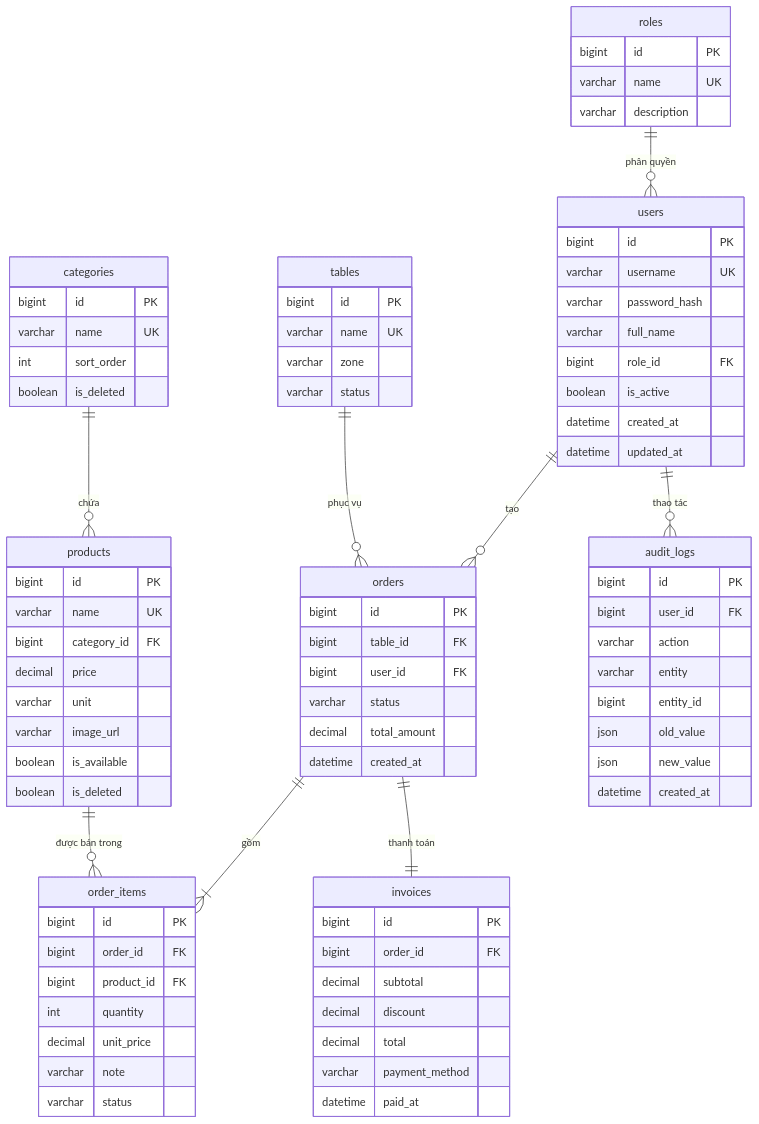
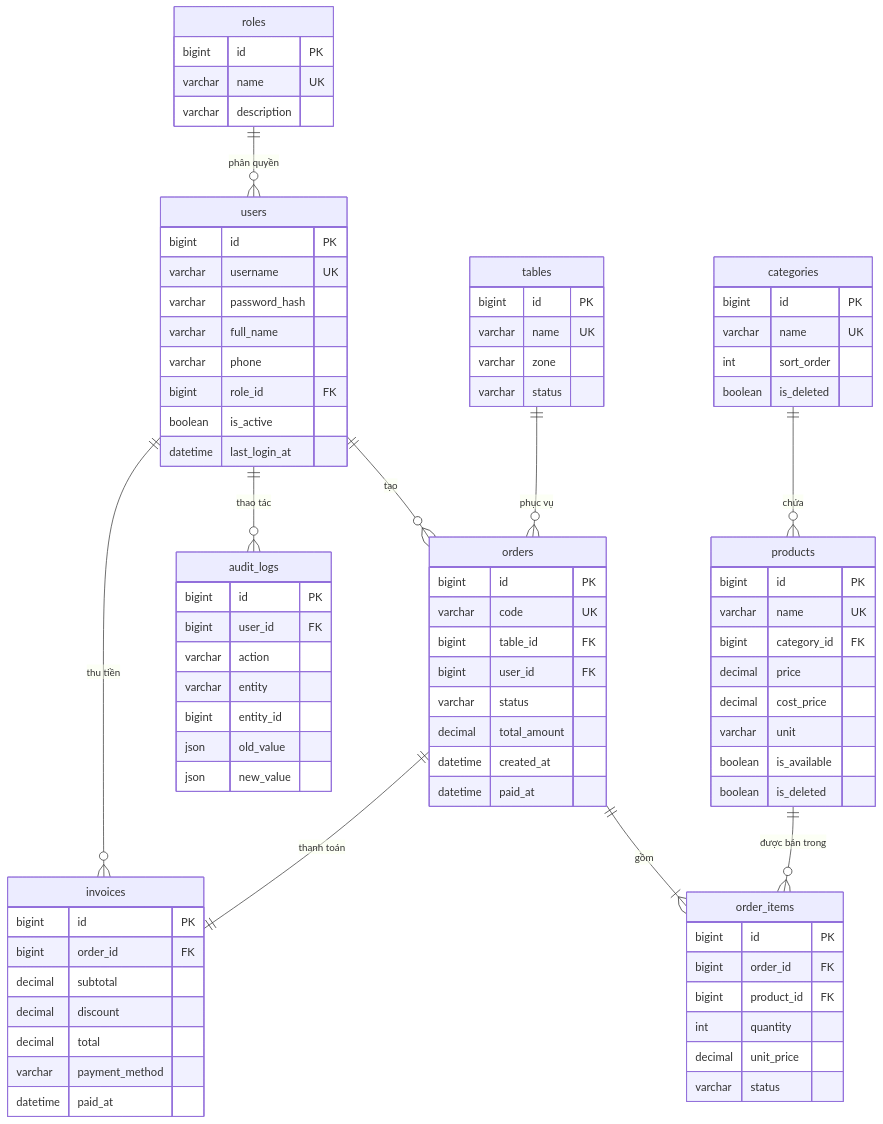
One commit to Haianh4705/cafe-tlu changed the diagram in docs/erd.md. Above: the diagram before and after it, drawn with Mermaid. The commit also changed other lines of this file and 2 other files, not shown here.

Commit message:
docs: chốt ERD v1 và hợp đồng API v1

````diff
--- a/docs/erd.md
+++ b/docs/erd.md
@@ -10,69 +11,68 @@
 ```mermaid
 erDiagram
-    roles ||--o{ users : "phân quyền"
-    users ||--o{ orders : "tạo"
-    categories ||--o{ products : "chứa"
-    tables ||--o{ orders : "phục vụ"
-    orders ||--|{ order_items : "gồm"
-    products ||--o{ order_items : "được bán trong"
-    orders ||--|| invoices : "thanh toán"
-    users ||--o{ audit_logs : "thao tác"
+    roles      ||--o{ users        : "phân quyền"
+    users      ||--o{ orders       : "tạo"
+    users      ||--o{ audit_logs   : "thao tác"
+    users      ||--o{ invoices     : "thu tiền"
+    categories ||--o{ products     : "chứa"
+    tables     ||--o{ orders       : "phục vụ"
+    orders     ||--|{ order_items  : "gồm"
+    products   ||--o{ order_items  : "được bán trong"
+    orders     ||--|| invoices     : "thanh toán"
 
-    users {
-        bigint id PK
-        varchar username UK
-        varchar password_hash
-        varchar full_name
-        bigint role_id FK
-        boolean is_active
-        datetime created_at
-        datetime updated_at
-    }
-    roles { bigint id PK
-            varchar name UK
-            varchar description }
-    categories { bigint id PK
-                 varchar name UK
-                 int sort_order
-                 boolean is_deleted }
-    products { bigint id PK
-               varchar name UK
-               bigint category_id FK
-               decimal price
-               varchar unit
-               varchar image_url
-               boolean is_available
-               boolean is_deleted }
-    tables { bigint id PK
-             varchar name UK
-             varchar zone
-             varchar status }
-    orders { bigint id PK
-             bigint table_id FK
-             bigint user_id FK
-             varchar status
-             decimal total_amount
-             datetime created_at }
-    order_items { bigint id PK
-                  bigint order_id FK
-                  bigint product_id FK
-                  int quantity
-                  decimal unit_price
-                  varchar note
-                  varchar status }
-    invoices { bigint id PK
-               bigint order_id FK
-               decimal subtotal
-               decimal discount
-               decimal total
-               varchar payment_method
-               datetime paid_at }
-    audit_logs { bigint id PK
-                 bigint user_id FK
-                 varchar action
-                 varchar entity
-                 bigint entity_id
-                 json old_value
-                 json new_value
-                 datetime created_at }
+    roles        { bigint id PK
+                   varchar name UK
+                   varchar description }
+    users        { bigint id PK
+                   varchar username UK
+                   varchar password_hash
+                   varchar full_name
+                   varchar phone
+                   bigint role_id FK
+                   boolean is_active
+                   datetime last_login_at }
+    categories   { bigint id PK
+                   varchar name UK
+                   int sort_order
+                   boolean is_deleted }
+    products     { bigint id PK
+                   varchar name UK
+                   bigint category_id FK
+                   decimal price
+                   decimal cost_price
+                   varchar unit
+                   boolean is_available
+                   boolean is_deleted }
+    tables       { bigint id PK
+                   varchar name UK
+                   varchar zone
+                   varchar status }
+    orders       { bigint id PK
+                   varchar code UK
+                   bigint table_id FK
+                   bigint user_id FK
+                   varchar status
+                   decimal total_amount
+                   datetime created_at
+                   datetime paid_at }
+    order_items  { bigint id PK
+                   bigint order_id FK
+                   bigint product_id FK
+                   int quantity
+                   decimal unit_price
+                   varchar status }
+    invoices     { bigint id PK
+                   bigint order_id FK
+                   decimal subtotal
+                   decimal discount
+                   decimal total
+                   varchar payment_method
+                   datetime paid_at }
+    audit_logs   { bigint id PK
+                   bigint user_id FK
+                   varchar action
+                   varchar entity
+                   bigint entity_id
+                   json old_value
+                   json new_value }
 ```
````
